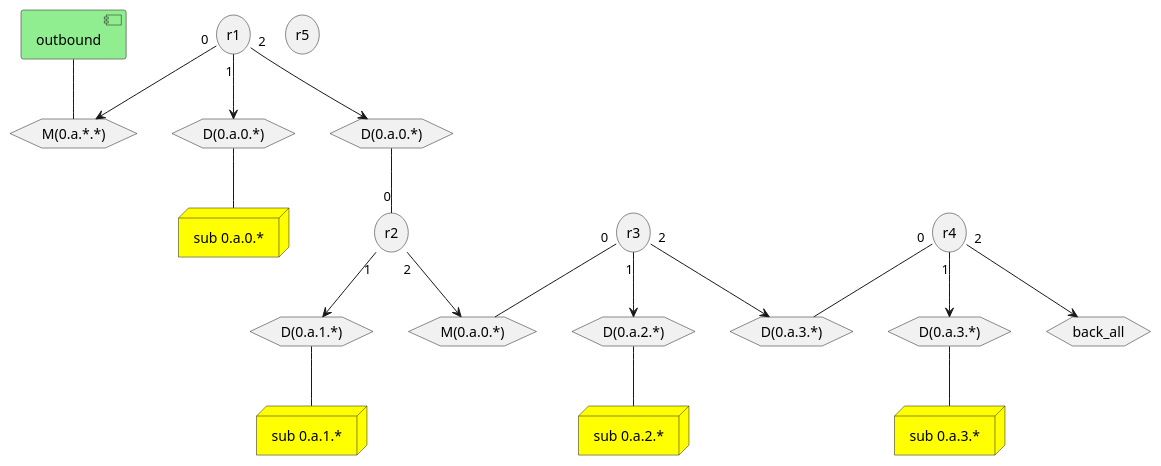
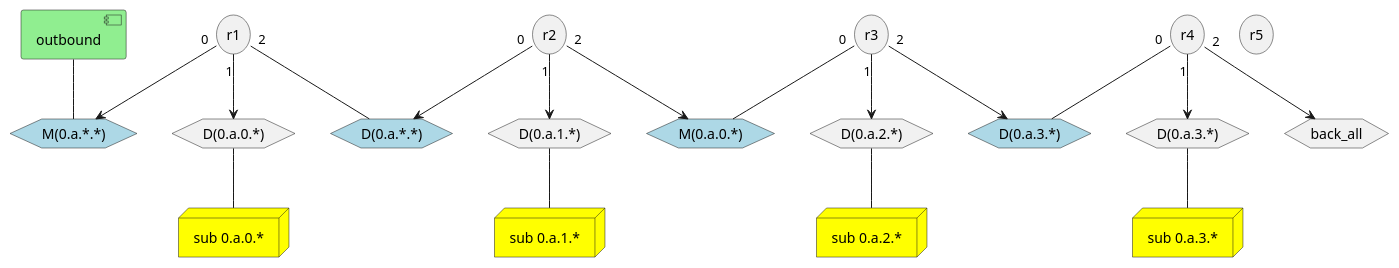
One commit to ogawa-atali/network changed the diagram in subnet-0axx.pu. Above: the diagram before and after it, drawn with PlantUML.

```diff
--- a/subnet-0axx.pu
+++ b/subnet-0axx.pu
@@ -1,52 +1,52 @@
 @startuml subnet-0axx
 
 component outbound #LightGreen
 
 node "sub 0.a.0.*" as sub_0a0x #Yellow
 node "sub 0.a.1.*" as sub_0a1x #Yellow
 node "sub 0.a.2.*" as sub_0a2x #Yellow
 node "sub 0.a.3.*" as sub_0a3x #Yellow
 
 storage r1
 storage r2
 storage r3
 storage r4
 storage r5
 
 hexagon "D(0.a.0.*)" as D_0a0x
 hexagon "D(0.a.1.*)" as D_0a1x
 hexagon "D(0.a.2.*)" as D_0a2x
 hexagon "D(0.a.3.*)" as D_0a3x
 
 hexagon back_all
 
-hexagon "D(0.a.0.*)" as D_0a0x_2
-hexagon "M(0.a.0.*)" as M_0a0x
-hexagon "M(0.a.*.*)" as M_0axx
-hexagon "D(0.a.3.*)" as D_0a3x_2
+hexagon "D(0.a.*.*)" as D_00xx #LightBlue
+hexagon "M(0.a.0.*)" as M_0a0x #LightBlue
+hexagon "M(0.a.*.*)" as M_0axx #LightBlue
+hexagon "D(0.a.3.*)" as D_0a3x_2 #LightBlue
 
 outbound -- M_0axx
 
 
 r1 "0" --> M_0axx
 r1 "1" --> D_0a0x
-r1 "2" --> D_0a0x_2
+r1 "2" -- D_00xx
 
-D_0a0x_2 -- "0" r2
+r2 "0" --> D_00xx
 r2 "1" --> D_0a1x
 r2 "2" --> M_0a0x
 
 r3 "0" -- M_0a0x
 r3 "1" --> D_0a2x
 r3 "2" --> D_0a3x_2
 
 r4 "0" -- D_0a3x_2
 r4 "1" --> D_0a3x
 r4 "2" --> back_all
 
 D_0a0x -- sub_0a0x
 D_0a1x -- sub_0a1x
 D_0a2x -- sub_0a2x
 D_0a3x -- sub_0a3x
 
 @enduml
```
